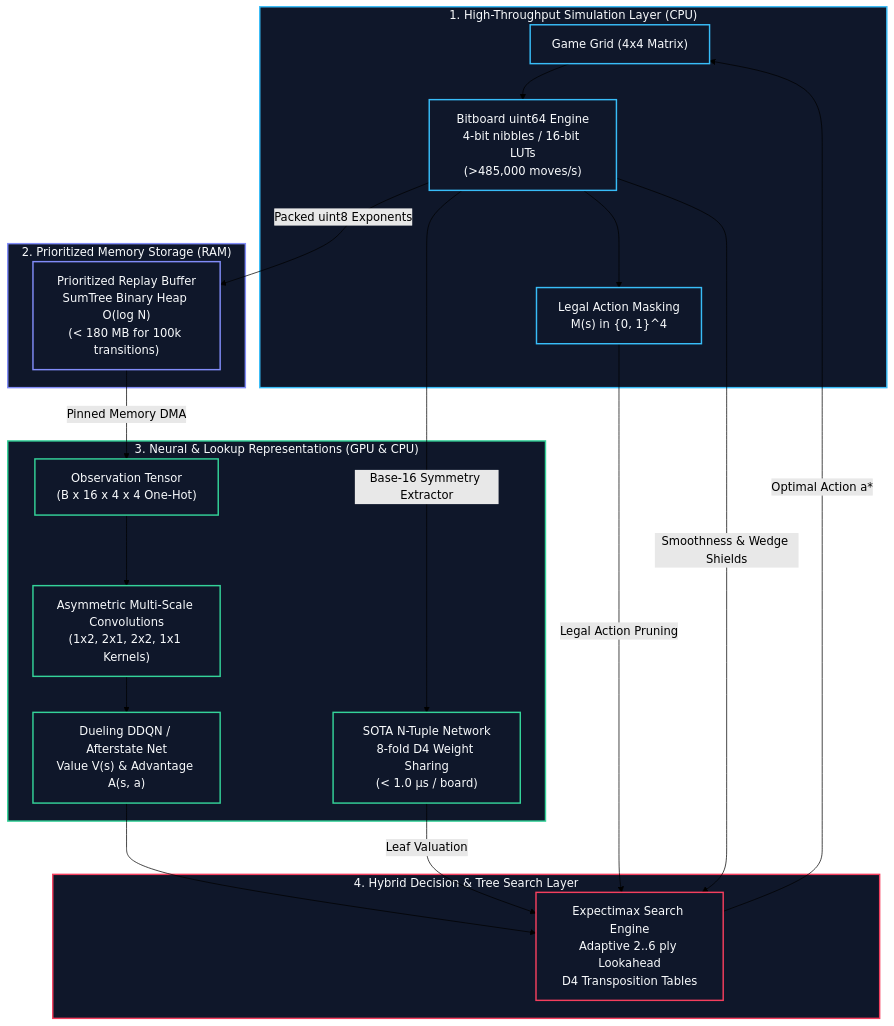
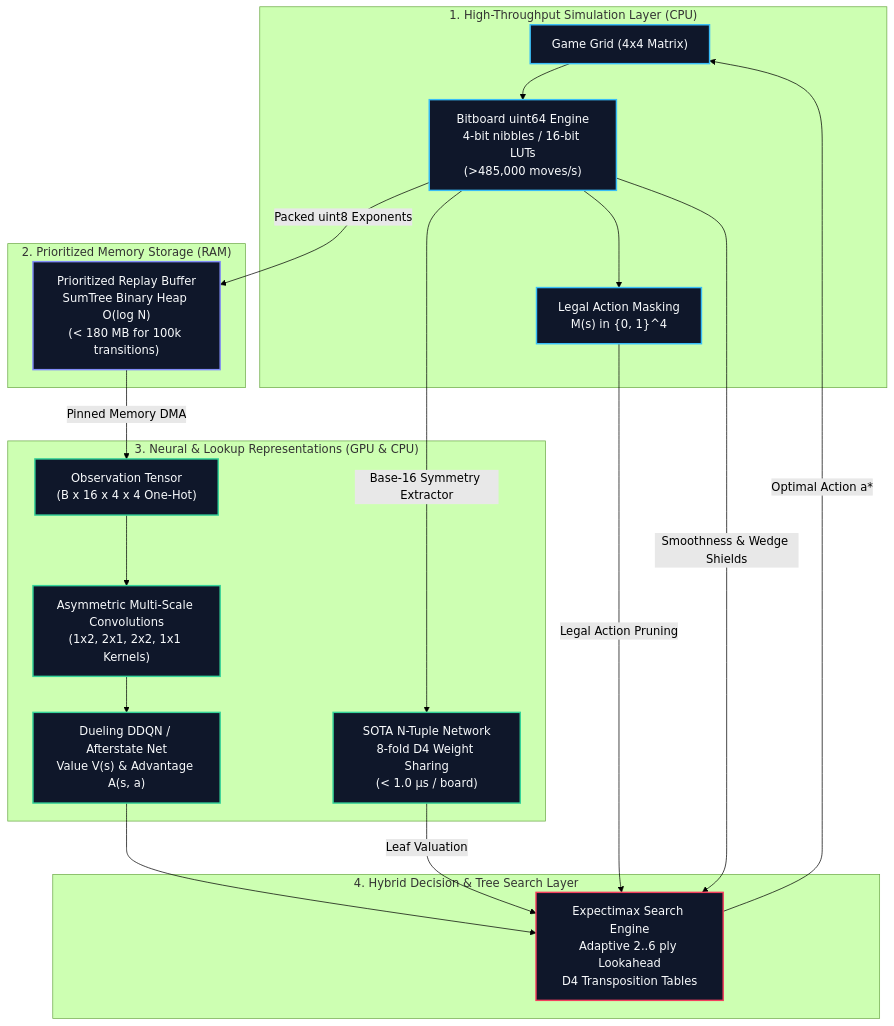
The diagram in README.md (jorgebd21/Deep-2048-rl), drawn with Mermaid (forest theme) before and after one commit. The commit also changed other lines of this file, not shown here.

Commit message:
fix(docs): inject explicit HTML anchors and sanitize Mermaid class bindings for GitHub GFM parity

````diff
--- a/README.md
+++ b/README.md
@@ -164,39 +170,46 @@
 ```mermaid
 flowchart TD
-    %% Styling
-    classDef sim fill:#0f172a,stroke:#38bdf8,stroke-width:2px,color:#f8fafc;
-    classDef mem fill:#0f172a,stroke:#818cf8,stroke-width:2px,color:#f8fafc;
-    classDef dl fill:#0f172a,stroke:#34d399,stroke-width:2px,color:#f8fafc;
-    classDef search fill:#0f172a,stroke:#f43f5e,stroke-width:2px,color:#f8fafc;
+    %% Base Node Color Styles
+    classDef simNode fill:#0f172a,stroke:#38bdf8,stroke-width:2px,color:#f8fafc;
+    classDef memNode fill:#0f172a,stroke:#818cf8,stroke-width:2px,color:#f8fafc;
+    classDef dlNode fill:#0f172a,stroke:#34d399,stroke-width:2px,color:#f8fafc;
+    classDef searchNode fill:#0f172a,stroke:#f43f5e,stroke-width:2px,color:#f8fafc;
 
     subgraph Simulation["1. High-Throughput Simulation Layer (CPU)"]
         BoardState["Game Grid (4x4 Matrix)"]
         Bitboard["Bitboard uint64 Engine<br/>4-bit nibbles / 16-bit LUTs<br/>(>485,000 moves/s)"]
         Mask["Legal Action Masking<br/>M(s) in {0, 1}^4"]
         BoardState --> Bitboard
         Bitboard --> Mask
     end
-    class Simulation,BoardState,Bitboard,Mask sim;
 
     subgraph Memory["2. Prioritized Memory Storage (RAM)"]
-        Bitboard -->|Packed uint8 Exponents| Buffer["Prioritized Replay Buffer<br/>SumTree Binary Heap O(log N)<br/>(< 180 MB for 100k transitions)"]
+        Buffer["Prioritized Replay Buffer<br/>SumTree Binary Heap O(log N)<br/>(< 180 MB for 100k transitions)"]
+        Bitboard -->|Packed uint8 Exponents| Buffer
     end
-    class Memory,Buffer mem;
 
     subgraph DeepLearning["3. Neural & Lookup Representations (GPU & CPU)"]
-        Buffer -->|Pinned Memory DMA| NetInput["Observation Tensor<br/>(B x 16 x 4 x 4 One-Hot)"]
-        NetInput --> AsymmConv["Asymmetric Multi-Scale Convolutions<br/>(1x2, 2x1, 2x2, 1x1 Kernels)"]
-        AsymmConv --> DuelingNet["Dueling DDQN / Afterstate Net<br/>Value V(s) & Advantage A(s, a)"]
-        Bitboard -->|Base-16 Symmetry Extractor| NTuple["SOTA N-Tuple Network<br/>8-fold D4 Weight Sharing<br/>(< 1.0 µs / board)"]
+        NetInput["Observation Tensor<br/>(B x 16 x 4 x 4 One-Hot)"]
+        AsymmConv["Asymmetric Multi-Scale Convolutions<br/>(1x2, 2x1, 2x2, 1x1 Kernels)"]
+        DuelingNet["Dueling DDQN / Afterstate Net<br/>Value V(s) & Advantage A(s, a)"]
+        NTuple["SOTA N-Tuple Network<br/>8-fold D4 Weight Sharing<br/>(< 1.0 µs / board)"]
+        Buffer -->|Pinned Memory DMA| NetInput
+        NetInput --> AsymmConv
+        AsymmConv --> DuelingNet
+        Bitboard -->|Base-16 Symmetry Extractor| NTuple
     end
-    class DeepLearning,NetInput,AsymmConv,DuelingNet,NTuple dl;
 
     subgraph DecisionSearch["4. Hybrid Decision & Tree Search Layer"]
-        DuelingNet --> SearchEngine["Expectimax Search Engine<br/>Adaptive 2..6 ply Lookahead<br/>D4 Transposition Tables"]
+        SearchEngine["Expectimax Search Engine<br/>Adaptive 2..6 ply Lookahead<br/>D4 Transposition Tables"]
+        DuelingNet --> SearchEngine
         NTuple -->|Leaf Valuation| SearchEngine
         Mask -->|Legal Action Pruning| SearchEngine
         Bitboard -->|Smoothness & Wedge Shields| SearchEngine
         SearchEngine -->|Optimal Action a*| BoardState
     end
-    class DecisionSearch,SearchEngine search;
+
+    class BoardState,Bitboard,Mask simNode;
+    class Buffer memNode;
+    class NetInput,AsymmConv,DuelingNet,NTuple dlNode;
+    class SearchEngine searchNode;
 ```
````
